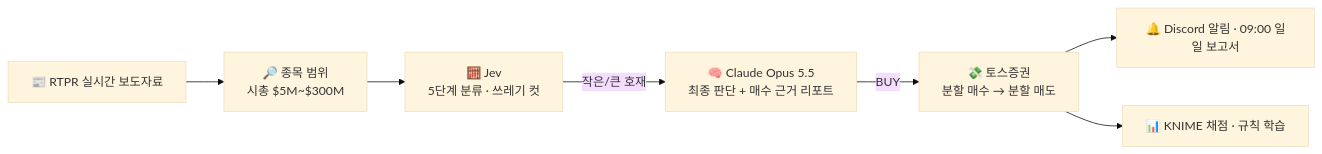
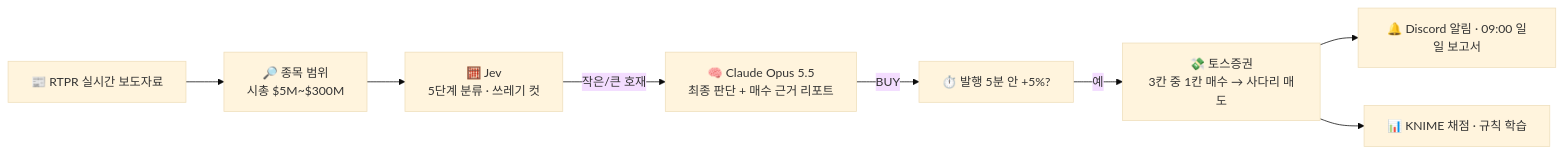
The diagram in README.md (junsungma1022/How_To_Become_Warren_Buffett), drawn with Mermaid (base theme) before and after one commit. The commit also changed other lines of this file and 6 other files, not shown here.

````diff
--- a/README.md
+++ b/README.md
@@ -11,9 +11,10 @@
 ```mermaid
 flowchart LR
     N["📰 RTPR 실시간 보도자료"] --> U["🔎 종목 범위<br/>시총 $5M~$300M"]
     U --> J["🧮 Jev<br/>5단계 분류 · 쓰레기 컷"]
     J -- "작은/큰 호재" --> C["🧠 Claude Opus 5.5<br/>최종 판단 + 매수 근거 리포트"]
-    C -- BUY --> T["💸 토스증권<br/>분할 매수 → 분할 매도"]
+    C -- BUY --> W["⏱️ 발행 5분 안 +5%?"]
+    W -- 예 --> T["💸 토스증권<br/>3칸 중 1칸 매수 → 사다리 매도"]
     T --> D["🔔 Discord 알림 · 09:00 일일 보고서"]
     T --> K["📊 KNIME 채점 · 규칙 학습"]
 ```
````
